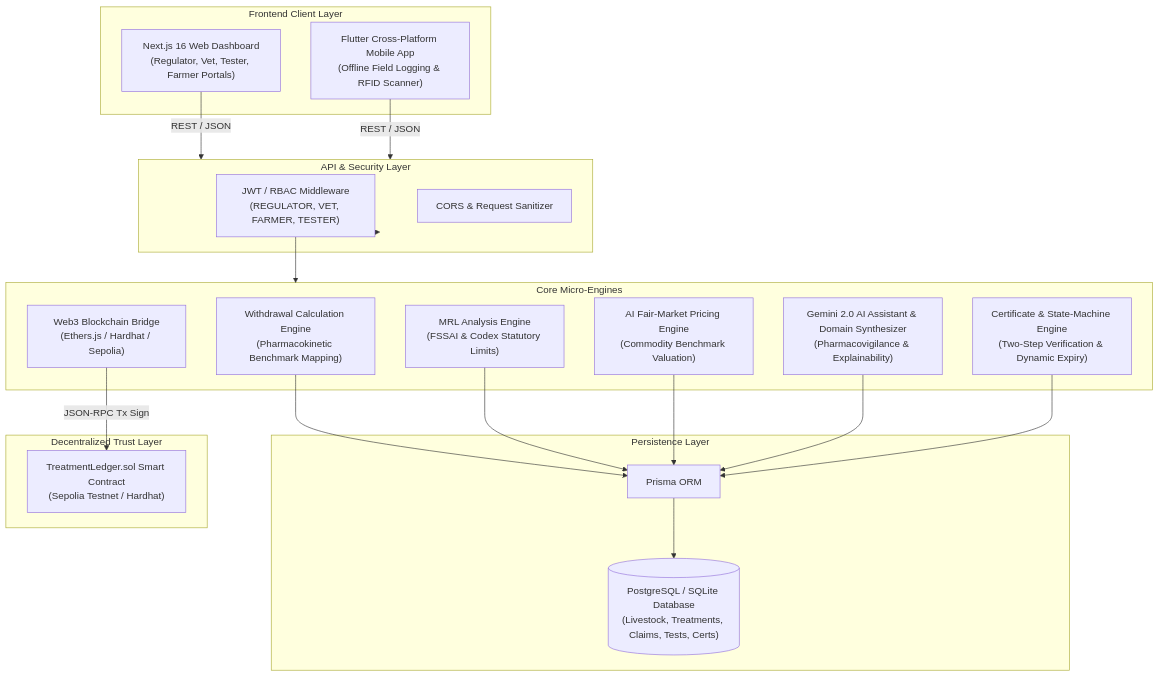
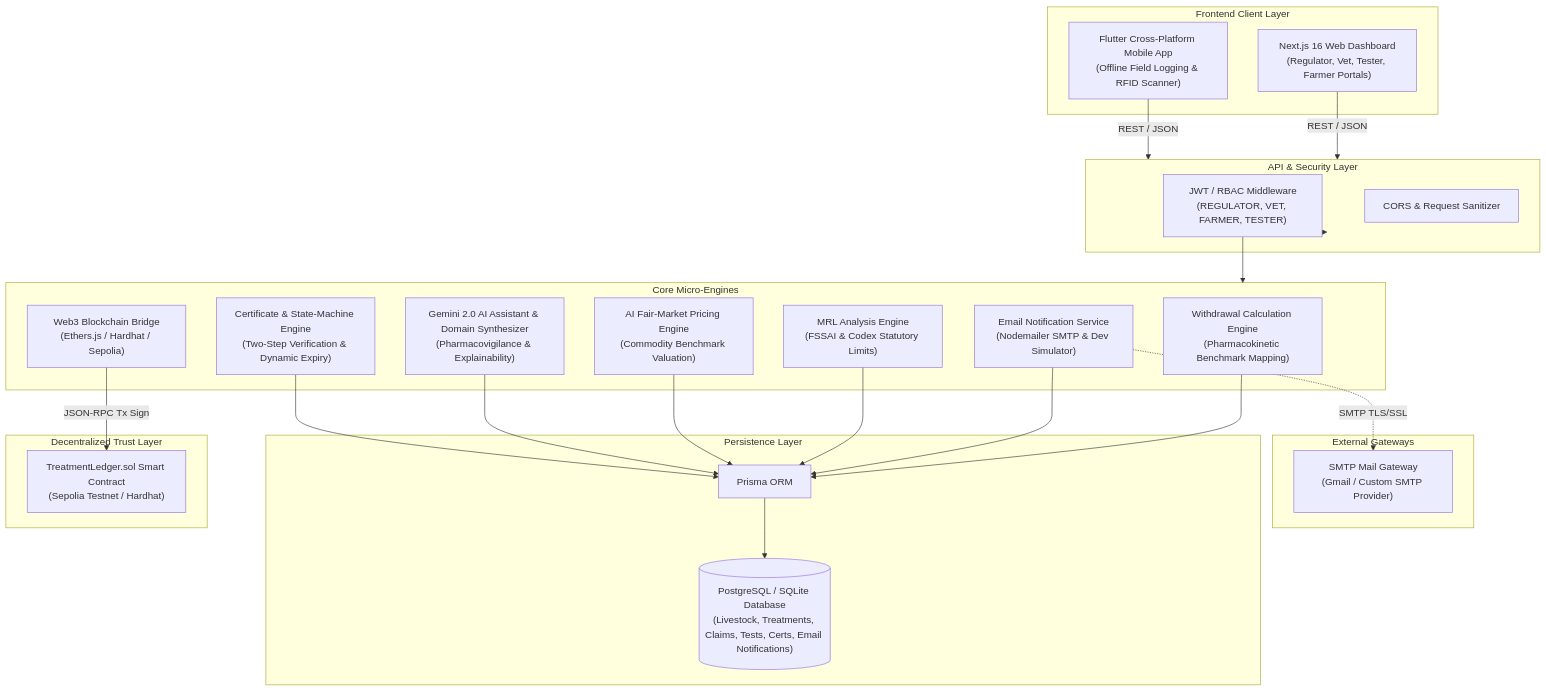
Before and after one commit to rahuldasr-039/AgriGuard: the first of 3 diagrams in README.md, drawn with Mermaid. The commit also changed other lines of this file and 78 other files, not shown here.

Commit message:
feat: complete 12-language localization, dosage engine, email notifications, and layout hydration fix

````diff
--- a/README.md
+++ b/README.md
@@ -63,42 +131,49 @@
 ```mermaid
 flowchart TD
     subgraph Clients["Frontend Client Layer"]
         WD["Next.js 16 Web Dashboard\n(Regulator, Vet, Tester, Farmer Portals)"]
         MA["Flutter Cross-Platform Mobile App\n(Offline Field Logging & RFID Scanner)"]
     end
 
     subgraph Gateway["API & Security Layer"]
         AUTH["JWT / RBAC Middleware\n(REGULATOR, VET, FARMER, TESTER)"]
         CORS["CORS & Request Sanitizer"]
     end
 
     subgraph Engines["Core Micro-Engines"]
         WE["Withdrawal Calculation Engine\n(Pharmacokinetic Benchmark Mapping)"]
+        ENS["Email Notification Service\n(Nodemailer SMTP & Dev Simulator)"]
         MRLE["MRL Analysis Engine\n(FSSAI & Codex Statutory Limits)"]
         PE["AI Fair-Market Pricing Engine\n(Commodity Benchmark Valuation)"]
         AIE["Gemini 2.0 AI Assistant & Domain Synthesizer\n(Pharmacovigilance & Explainability)"]
         CE["Certificate & State-Machine Engine\n(Two-Step Verification & Dynamic Expiry)"]
         BB["Web3 Blockchain Bridge\n(Ethers.js / Hardhat / Sepolia)"]
     end
 
+    subgraph External["External Gateways"]
+        SMTP["SMTP Mail Gateway\n(Gmail / Custom SMTP Provider)"]
+    end
+
     subgraph Data["Persistence Layer"]
         PRISMA["Prisma ORM"]
-        DB[("PostgreSQL / SQLite Database\n(Livestock, Treatments, Claims, Tests, Certs)")]
+        DB[("PostgreSQL / SQLite Database\n(Livestock, Treatments, Claims, Tests, Certs, Email Notifications)")]
     end
 
     subgraph Blockchain["Decentralized Trust Layer"]
         SC["TreatmentLedger.sol Smart Contract\n(Sepolia Testnet / Hardhat)"]
     end
 
     WD -->|REST / JSON| Gateway
     MA -->|REST / JSON| Gateway
     Gateway --> AUTH
     AUTH --> Engines
     WE --> PRISMA
+    ENS --> PRISMA
+    ENS -.->|SMTP TLS/SSL| SMTP
     MRLE --> PRISMA
     PE --> PRISMA
     AIE --> PRISMA
     CE --> PRISMA
     BB -->|JSON-RPC Tx Sign| SC
     PRISMA --> DB
 ```
````
